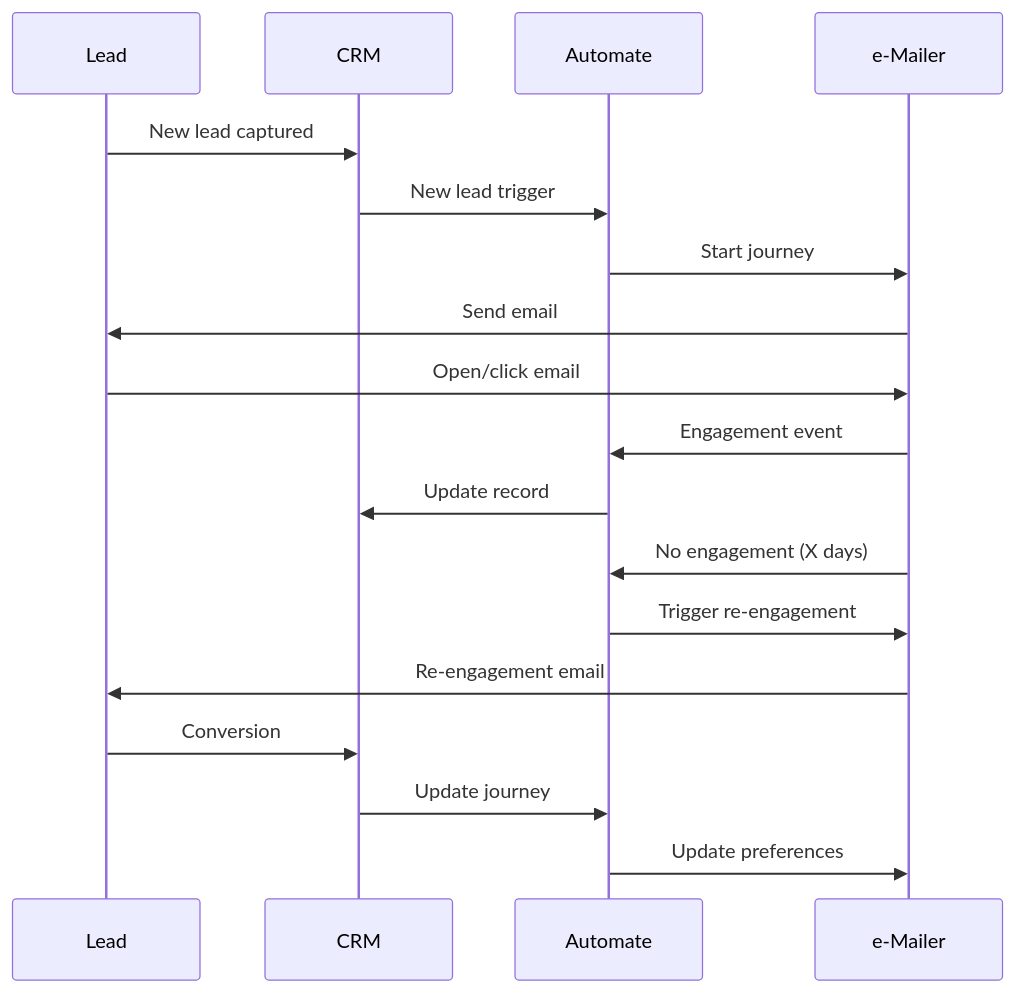
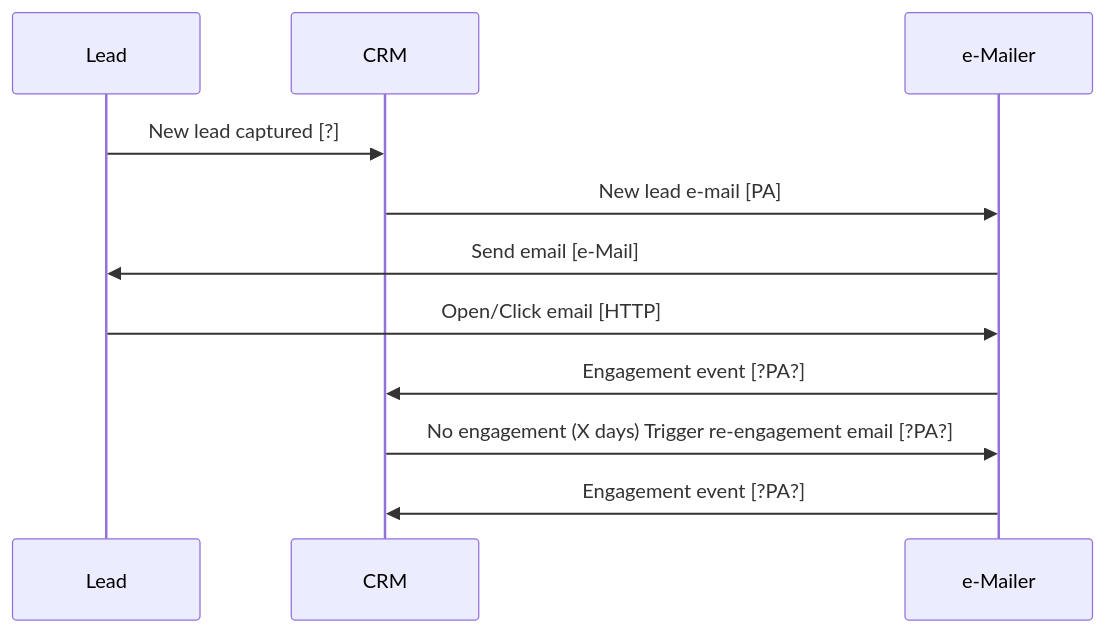
The first of 2 diagrams in readme.md (0Richard/GTM), drawn with Mermaid before and after one commit. The commit also changed other lines of this file, not shown here.

````diff
--- a/readme.md
+++ b/readme.md
@@ -13,24 +43,16 @@
 ```mermaid
 sequenceDiagram
     participant Lead
     participant CRM
-    participant PA as Automate
     participant EM as e-Mailer
     
-    Lead->>CRM: New lead captured
-    CRM->>PA: New lead trigger
-    PA->>EM: Start journey
-    EM->>Lead: Send email
+    Lead->>CRM: New lead captured [?]
+    CRM->>EM: New lead e-mail [PA]
+    EM->>Lead: Send email [e-Mail]
     
-    Lead->>EM: Open/click email
-    EM->>PA: Engagement event
-    PA->>CRM: Update record
+    Lead->>EM: Open/Click email [HTTP]
+    EM->>CRM:  Engagement event [?PA?]
     
-    EM->>PA: No engagement (X days)
-    PA->>EM: Trigger re-engagement
-    EM->>Lead: Re-engagement email
-    
-    Lead->>CRM: Conversion
-    CRM->>PA: Update journey
-    PA->>EM: Update preferences
+    CRM->>EM: No engagement (X days) Trigger re-engagement email [?PA?]
+    EM->>CRM:  Engagement event [?PA?]
 ```
````
